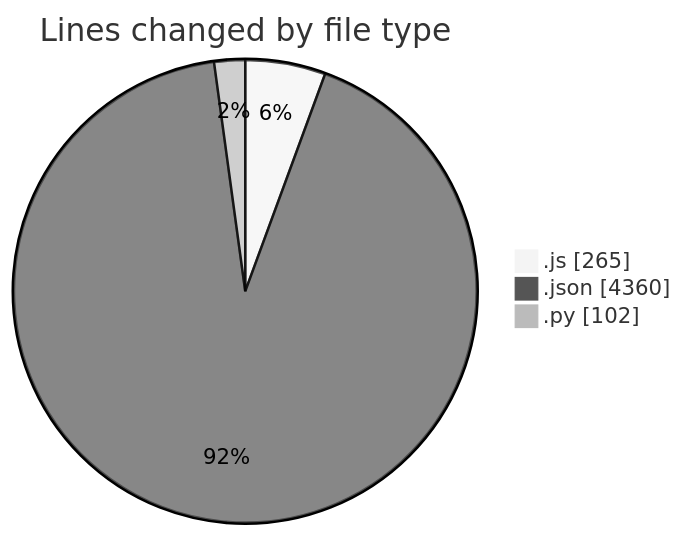
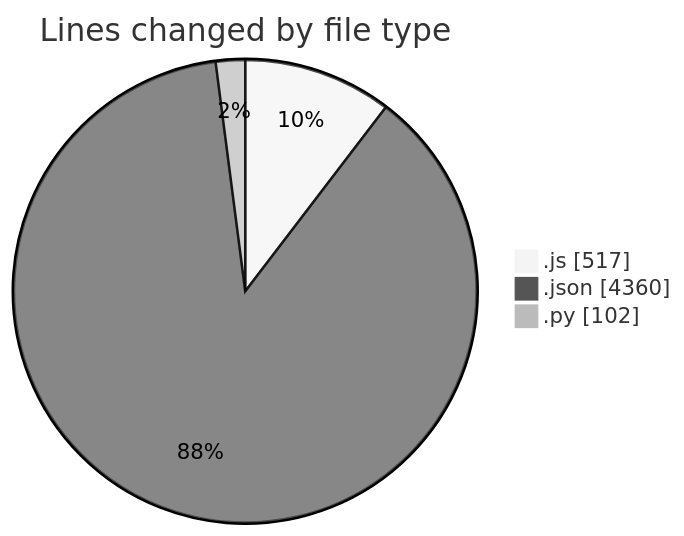
Before and after one commit to nxtqubesakshisongat/code-tracking: the first of 2 diagrams in 2025-04-09/nxtqube_webapp/README.md, drawn with Mermaid (neutral theme). The commit also changed other lines of this file and 1 other file, not shown here.

````diff
--- a/2025-04-09/nxtqube_webapp/README.md
+++ b/2025-04-09/nxtqube_webapp/README.md
@@ -24,7 +24,7 @@
 ```mermaid
 pie showData
 title Lines changed by file type
-".js" : 265
+".js" : 517
 ".json" : 4360
 ".py" : 102
 ```
````
